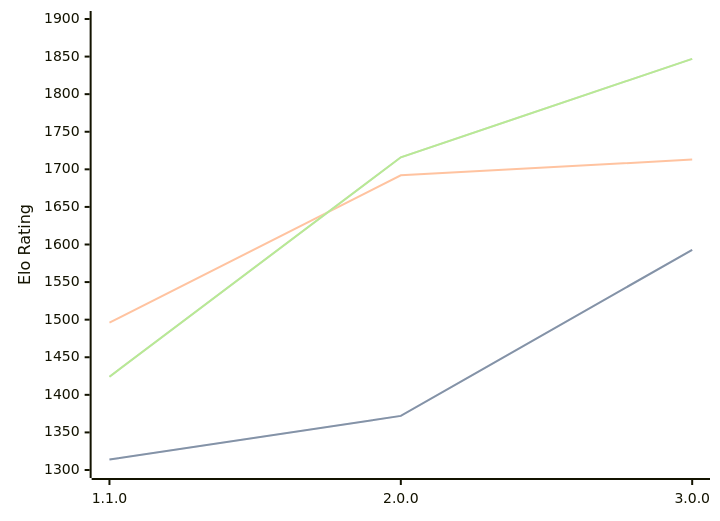
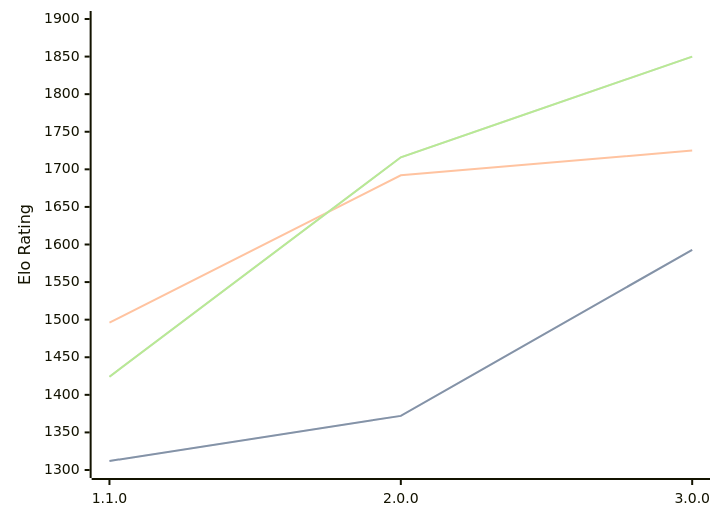
One commit to computer-chess-index/cci changed the diagram in engines/Laura.md. Above: the diagram before and after it, drawn with Mermaid. The commit also changed other lines of this file, not shown here.

Commit message:
Update CCI Ratings (ELO VLTC) - 2026-05-07

````diff
--- a/engines/Laura.md
+++ b/engines/Laura.md
@@ -34,11 +34,11 @@
 ```mermaid
 %%{init: {"theme":"base","themeVariables":{"seriesColors:['#a3a3a3','#222221','#faa371']}}}%%
 xychart-beta
   x-axis ["1.1.0", "2.0.0", "3.0.0"]
   y-axis "Elo Rating" 1300 --> 1900
-  line "STC (8.0+0.08s)" [1314, 1372, 1593]
-  line "STC (8.0+0.08s)" [1314, 1372, 1593]
-  line "LTC (60.0+0.60s)" [1496, 1692, 1713]
-  line "VLTC (2m24s+1.12s)" [1424, 1716, 1847]
-  line "VLTC (2m24s+1.12s)" [1424, 1716, 1847]
+  line "STC (8.0+0.08s)" [1312, 1372, 1593]
+  line "STC (8.0+0.08s)" [1312, 1372, 1593]
+  line "LTC (60.0+0.60s)" [1496, 1692, 1725]
+  line "VLTC (2m24s+1.12s)" [1424, 1716, 1850]
+  line "VLTC (2m24s+1.12s)" [1424, 1716, 1850]
 ```
````
